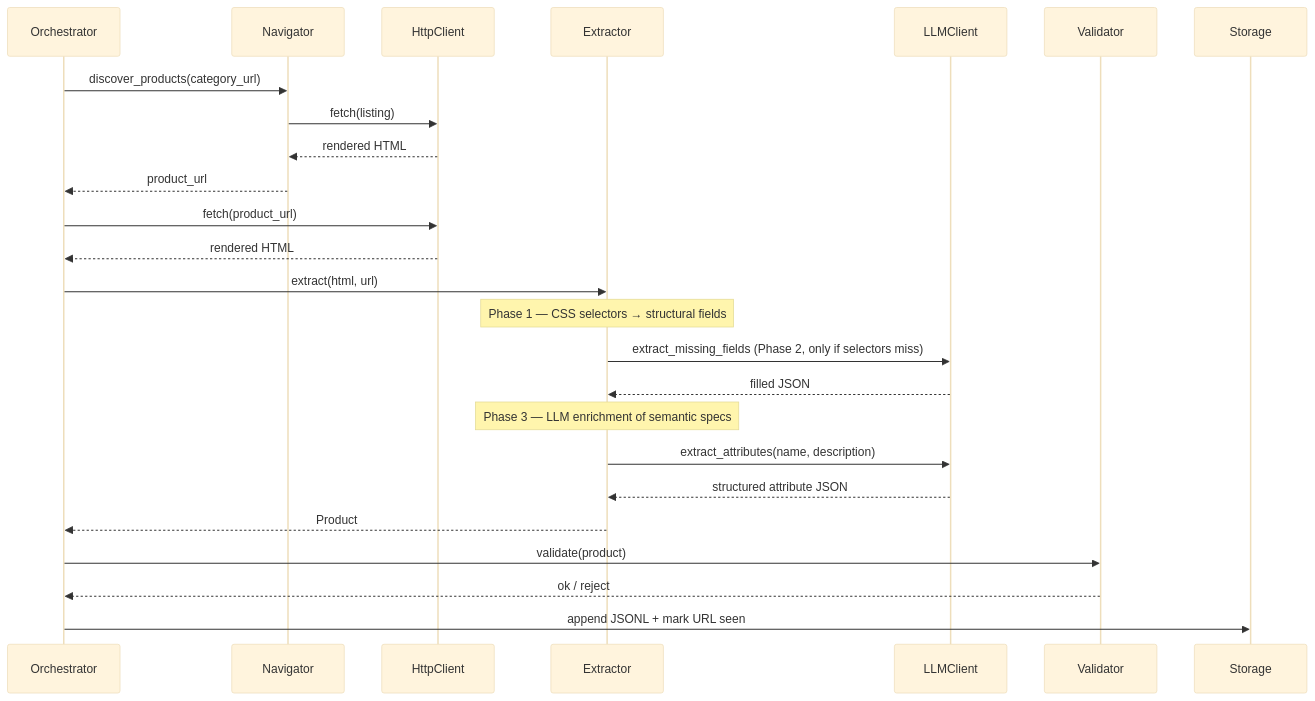
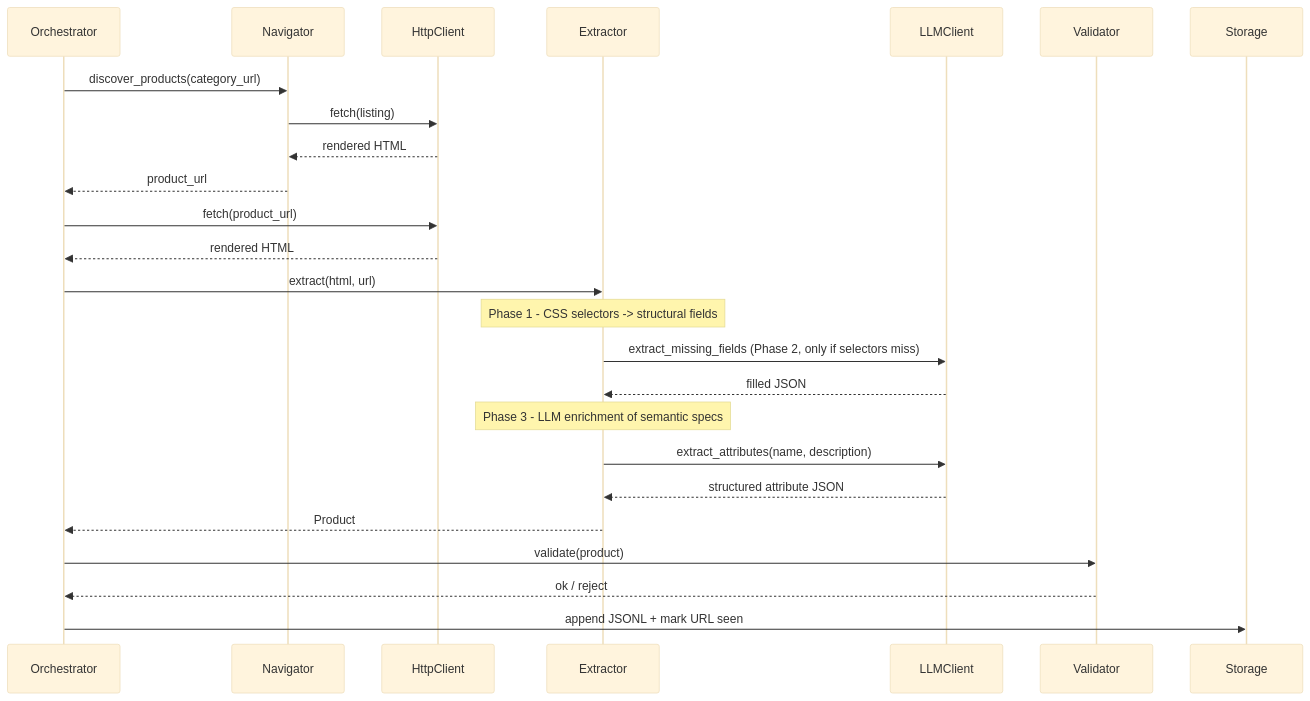
The second of 3 diagrams in README.md (C0k11/frontier-dental-assessment), drawn with Mermaid (base theme) before and after one commit. The commit also changed other lines of this file, not shown here.

````diff
--- a/README.md
+++ b/README.md
@@ -75,23 +75,23 @@
 ```mermaid
 sequenceDiagram
     Orchestrator ->> Navigator: discover_products(category_url)
     Navigator ->> HttpClient: fetch(listing)
     HttpClient -->> Navigator: rendered HTML
     Navigator -->> Orchestrator: product_url
 
     Orchestrator ->> HttpClient: fetch(product_url)
     HttpClient -->> Orchestrator: rendered HTML
     Orchestrator ->> Extractor: extract(html, url)
 
-    Note over Extractor: Phase 1 — CSS selectors → structural fields
+    Note over Extractor: Phase 1 - CSS selectors -> structural fields
     Extractor ->> LLMClient: extract_missing_fields (Phase 2, only if selectors miss)
     LLMClient -->> Extractor: filled JSON
-    Note over Extractor: Phase 3 — LLM enrichment of semantic specs
+    Note over Extractor: Phase 3 - LLM enrichment of semantic specs
     Extractor ->> LLMClient: extract_attributes(name, description)
     LLMClient -->> Extractor: structured attribute JSON
     Extractor -->> Orchestrator: Product
 
     Orchestrator ->> Validator: validate(product)
     Validator -->> Orchestrator: ok / reject
     Orchestrator ->> Storage: append JSONL + mark URL seen
 ```
````
